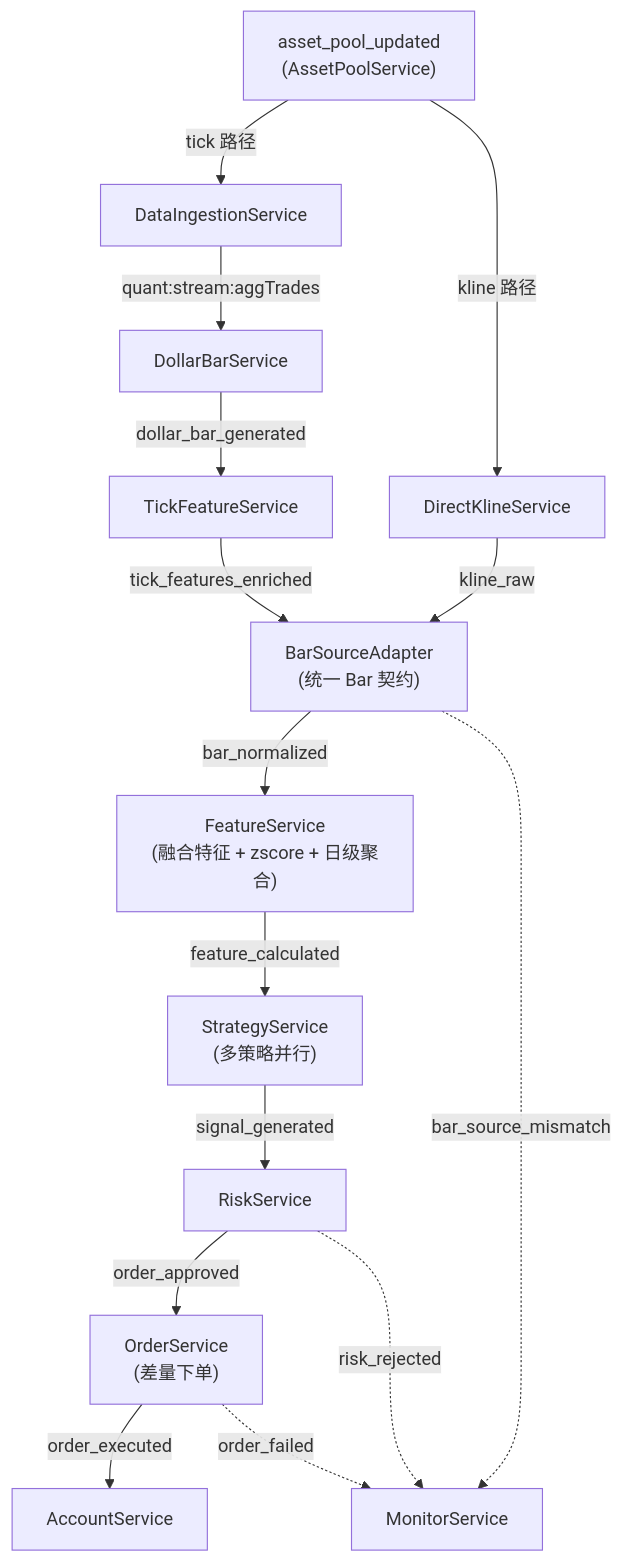
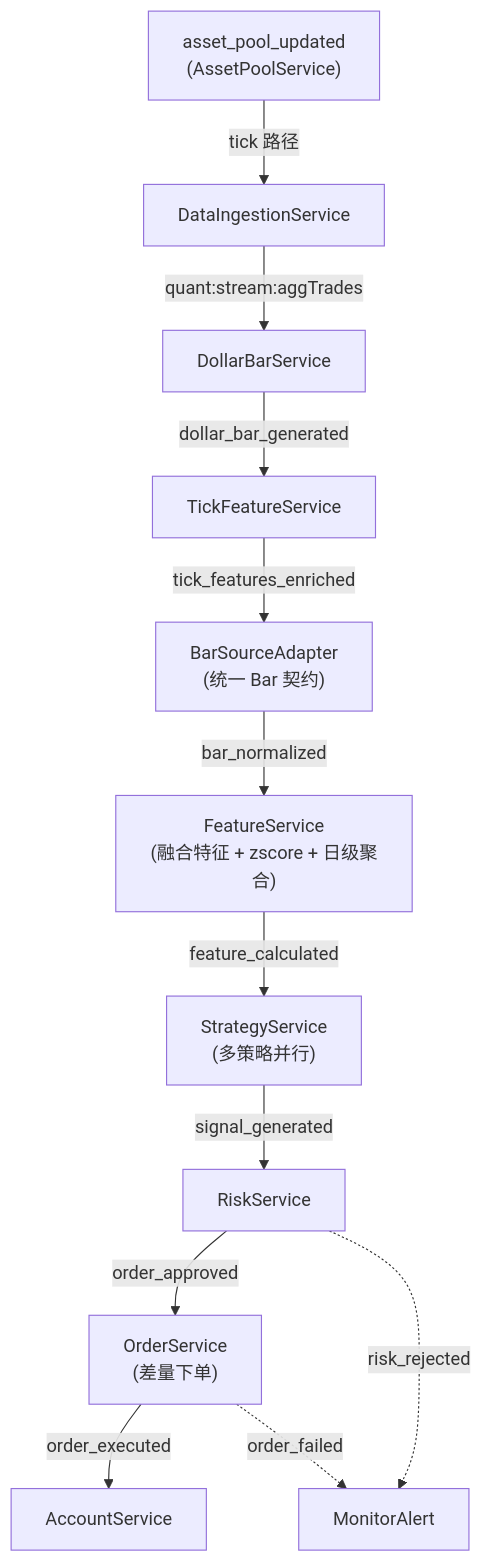
The second of 5 diagrams in content/architecture/index.md (DragonQuantt/docs), drawn with Mermaid before and after one commit. The commit also changed other lines of this file, not shown here.

Commit message:
Update architecture doc

````diff
--- a/content/architecture/index.md
+++ b/content/architecture/index.md
@@ -187,22 +176,17 @@
 ```mermaid
 flowchart TD
     AssetPoolUpdated["asset_pool_updated\n(AssetPoolService)"]
 
     AssetPoolUpdated -->|tick 路径| DataIngestion["DataIngestionService"]
     DataIngestion -->|"quant:stream:aggTrades"| DollarBarSvc["DollarBarService"]
     DollarBarSvc -->|dollar_bar_generated| TickFeatureSvc["TickFeatureService"]
     TickFeatureSvc -->|tick_features_enriched| BarAdapter["BarSourceAdapter\n(统一 Bar 契约)"]
 
-    AssetPoolUpdated -->|kline 路径| DirectKline["DirectKlineService"]
-    DirectKline -->|kline_raw| BarAdapter
-
     BarAdapter -->|bar_normalized| FeatureSvc["FeatureService\n(融合特征 + zscore + 日级聚合)"]
-    BarAdapter -.->|bar_source_mismatch| MonitorAlert["MonitorService"]
-
     FeatureSvc -->|feature_calculated| StrategySvc["StrategyService\n(多策略并行)"]
     StrategySvc -->|signal_generated| RiskSvc["RiskService"]
     RiskSvc -->|order_approved| OrderSvc["OrderService\n(差量下单)"]
     RiskSvc -.->|risk_rejected| MonitorAlert
     OrderSvc -->|order_executed| AccountSvc["AccountService"]
     OrderSvc -.->|order_failed| MonitorAlert
 ```
````
